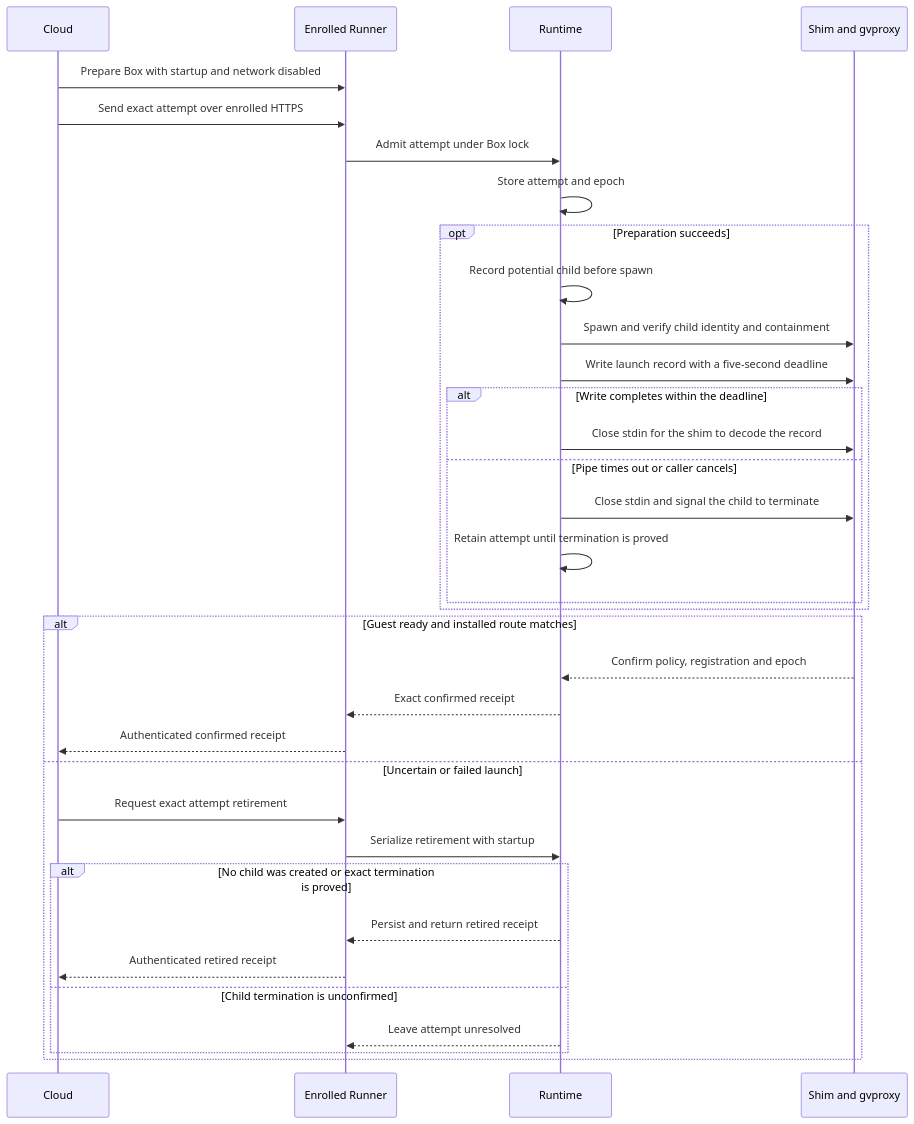
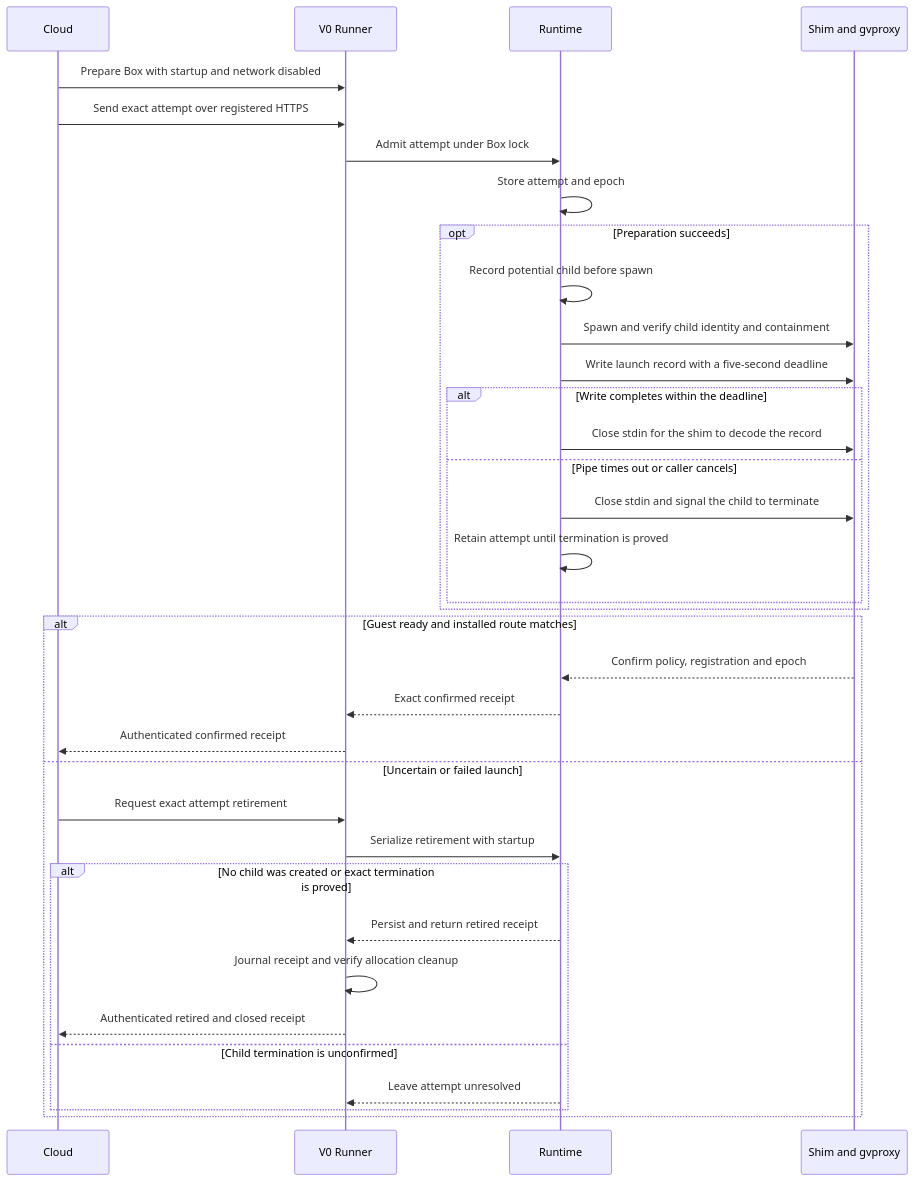
Before and after one commit to boxlite-ai/boxlite: the fifth of 5 diagrams in docs/contributing/architecture/outbound-proxy-contract.md, drawn with Mermaid. The commit also changed other lines of this file and 62 other files, not shown here.

````diff
--- a/docs/contributing/architecture/outbound-proxy-contract.md
+++ b/docs/contributing/architecture/outbound-proxy-contract.md
@@ -286,36 +293,37 @@
 ```mermaid
 sequenceDiagram
     participant Cloud
-    participant Runner as Enrolled Runner
+    participant Runner as V0 Runner
     participant Runtime
     participant Shim as Shim and gvproxy
     Cloud->>Runner: Prepare Box with startup and network disabled
-    Cloud->>Runner: Send exact attempt over enrolled HTTPS
+    Cloud->>Runner: Send exact attempt over registered HTTPS
     Runner->>Runtime: Admit attempt under Box lock
     Runtime->>Runtime: Store attempt and epoch
     opt Preparation succeeds
         Runtime->>Runtime: Record potential child before spawn
         Runtime->>Shim: Spawn and verify child identity and containment
         Runtime->>Shim: Write launch record with a five-second deadline
         alt Write completes within the deadline
             Runtime->>Shim: Close stdin for the shim to decode the record
         else Pipe times out or caller cancels
             Runtime->>Shim: Close stdin and signal the child to terminate
             Runtime->>Runtime: Retain attempt until termination is proved
         end
     end
     alt Guest ready and installed route matches
         Shim-->>Runtime: Confirm policy, registration and epoch
         Runtime-->>Runner: Exact confirmed receipt
         Runner-->>Cloud: Authenticated confirmed receipt
     else Uncertain or failed launch
         Cloud->>Runner: Request exact attempt retirement
         Runner->>Runtime: Serialize retirement with startup
         alt No child was created or exact termination is proved
             Runtime-->>Runner: Persist and return retired receipt
-            Runner-->>Cloud: Authenticated retired receipt
+            Runner->>Runner: Journal receipt and verify allocation cleanup
+            Runner-->>Cloud: Authenticated retired and closed receipt
         else Child termination is unconfirmed
             Runtime-->>Runner: Leave attempt unresolved
         end
     end
 ```
````
